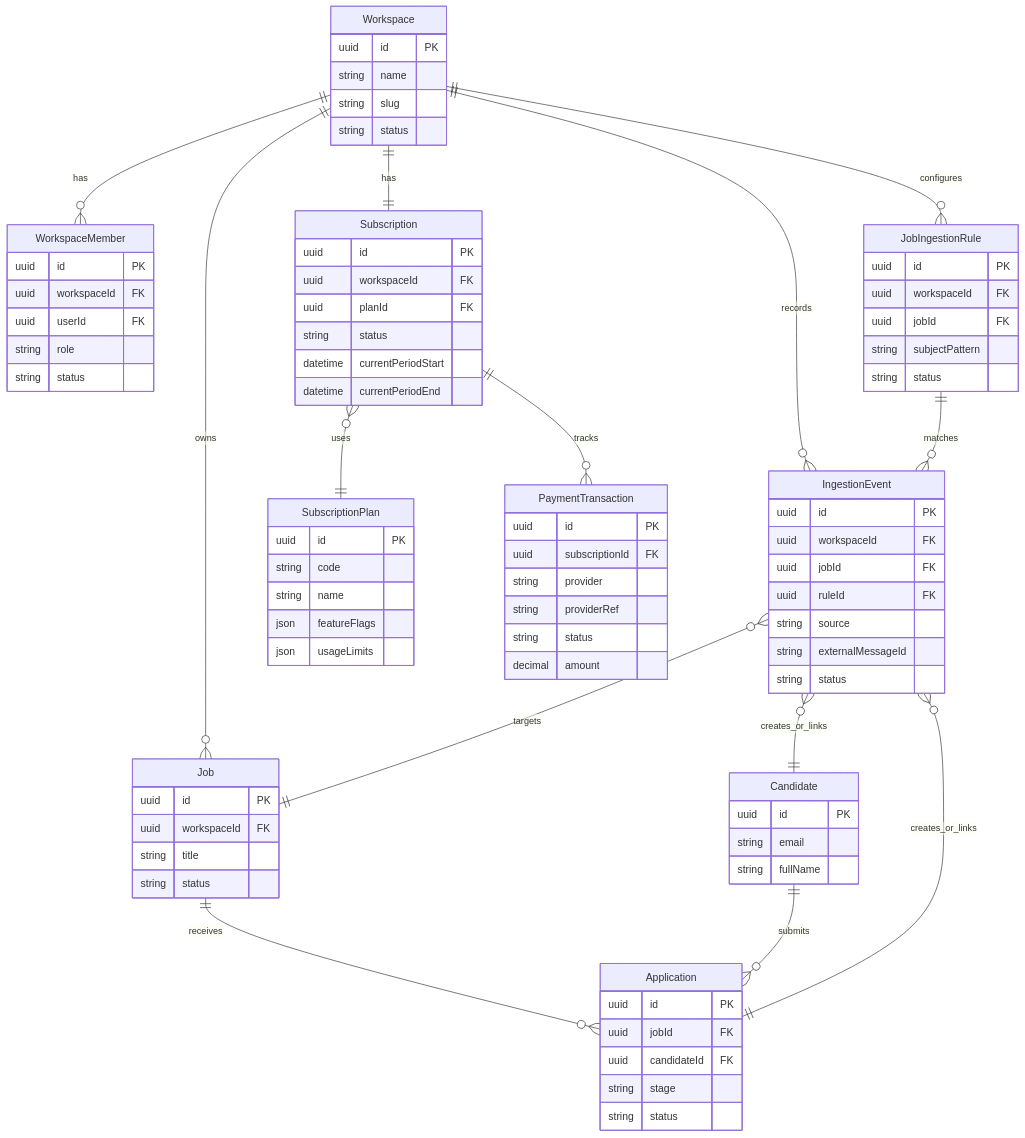
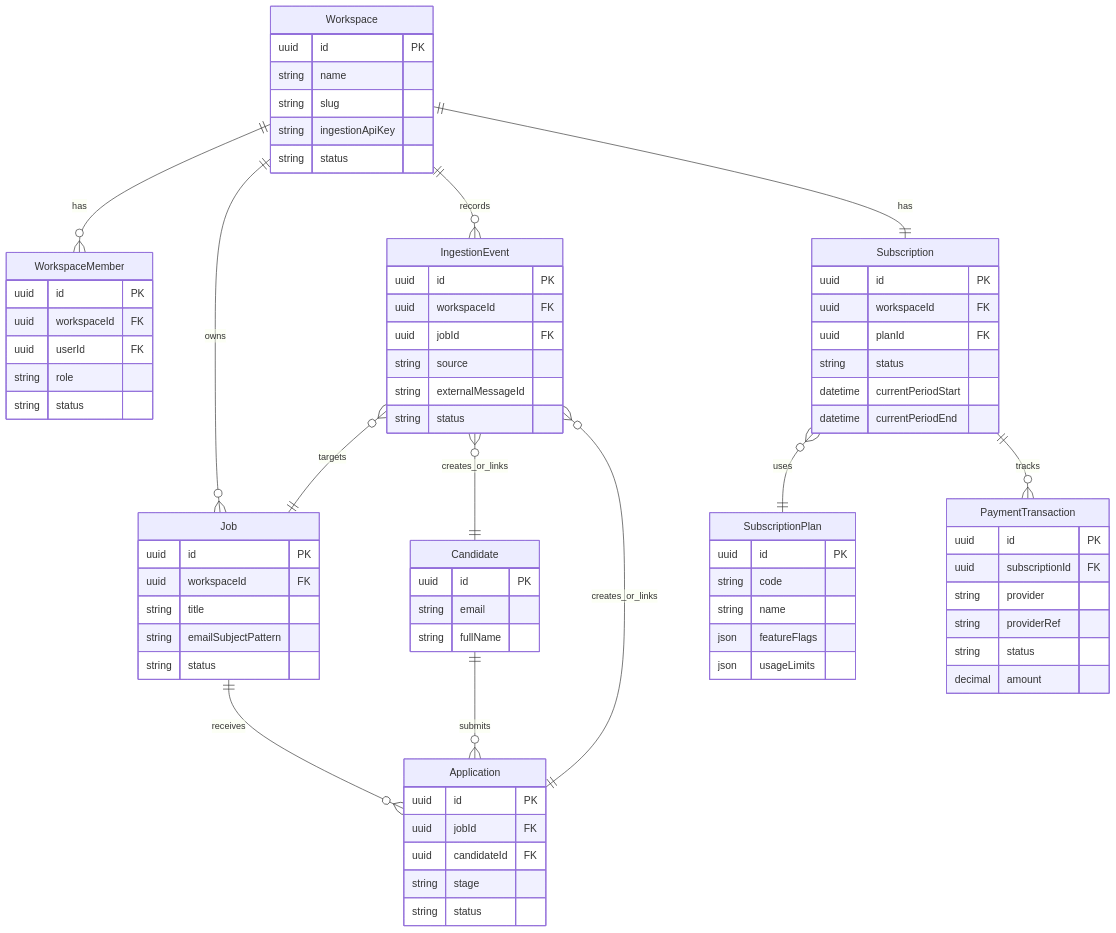
One commit to vuongng2212/TalentFlow-AI-Backend changed the first of 4 diagrams in docs/SMART_ATS_EXPANSION.md. Above: the diagram before and after it, drawn with Mermaid. The commit also changed other lines of this file, not shown here.

```diff
--- a/docs/SMART_ATS_EXPANSION.md
+++ b/docs/SMART_ATS_EXPANSION.md
@@ -52,14 +58,12 @@
 erDiagram
     Workspace ||--o{ WorkspaceMember : has
     Workspace ||--o{ Job : owns
-    Workspace ||--o{ JobIngestionRule : configures
     Workspace ||--o{ IngestionEvent : records
     Workspace ||--|| Subscription : has
     Subscription }o--|| SubscriptionPlan : uses
     Subscription ||--o{ PaymentTransaction : tracks
     Job ||--o{ Application : receives
     Candidate ||--o{ Application : submits
-    JobIngestionRule ||--o{ IngestionEvent : matches
     IngestionEvent }o--|| Job : targets
     IngestionEvent }o--|| Candidate : creates_or_links
     IngestionEvent }o--|| Application : creates_or_links
@@ -68,6 +72,7 @@
         uuid id PK
         string name
         string slug
+        string ingestionApiKey
         string status
     }
 
@@ -105,19 +110,10 @@
         decimal amount
     }
 
-    JobIngestionRule {
-        uuid id PK
-        uuid workspaceId FK
-        uuid jobId FK
-        string subjectPattern
-        string status
-    }
-
     IngestionEvent {
         uuid id PK
         uuid workspaceId FK
         uuid jobId FK
-        uuid ruleId FK
         string source
         string externalMessageId
         string status
@@ -127,6 +123,7 @@
         uuid id PK
         uuid workspaceId FK
         string title
+        string emailSubjectPattern
         string status
     }
 
```
